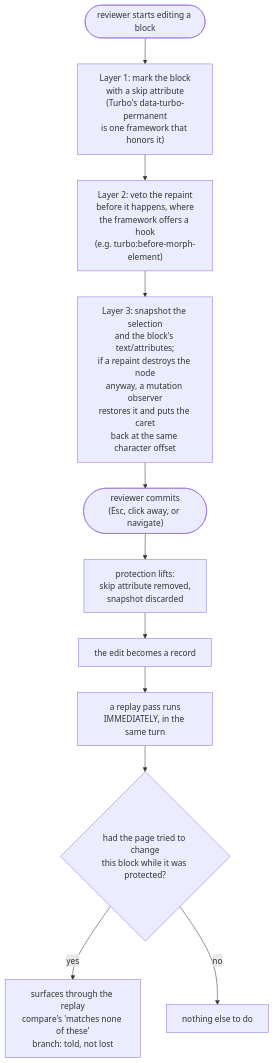
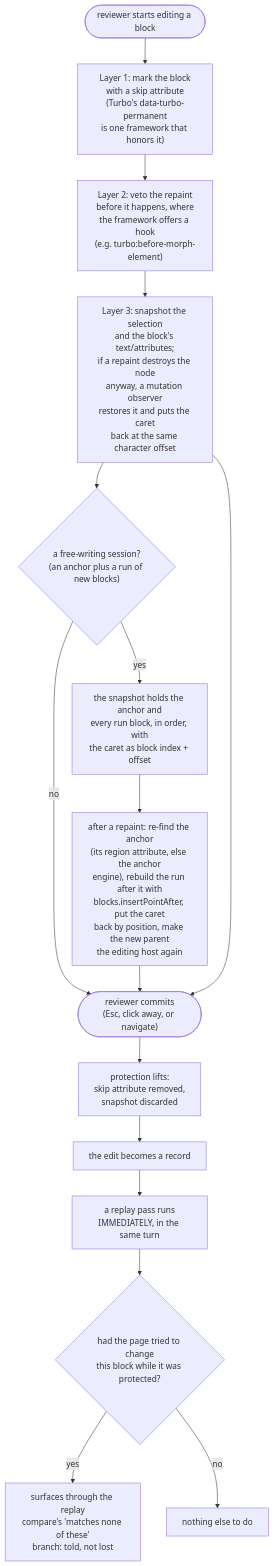
The diagram in docs/diagrams/protected_region.md (kenxle/live-agentic-html-editor), drawn with Mermaid before and after one commit. The commit also changed other lines of this file and 4 other files, not shown here.

First line of the commit message:
Free writing 2.4: undo and protection for a run

````diff
--- a/docs/diagrams/protected_region.md
+++ b/docs/diagrams/protected_region.md
@@ -5,14 +5,19 @@
 ```mermaid
 flowchart TD
   Edit(["reviewer starts editing a block"]) --> L1["Layer 1: mark the block<br/>with a skip attribute<br/>(Turbo's data-turbo-permanent<br/>is one framework that honors it)"]
   L1 --> L2["Layer 2: veto the repaint<br/>before it happens, where<br/>the framework offers a hook<br/>(e.g. turbo:before-morph-element)"]
   L2 --> L3["Layer 3: snapshot the selection<br/>and the block's text/attributes;<br/>if a repaint destroys the node<br/>anyway, a mutation observer<br/>restores it and puts the caret<br/>back at the same character offset"]
+  L3 --> Run{"a free-writing session?<br/>(an anchor plus a run of new blocks)"}
+  Run -- "yes" --> RunSnap["the snapshot holds the anchor and<br/>every run block, in order, with<br/>the caret as block index + offset"]
+  RunSnap --> RunRestore["after a repaint: re-find the anchor<br/>(its region attribute, else the anchor<br/>engine), rebuild the run after it with<br/>blocks.insertPointAfter, put the caret<br/>back by position, make the new parent<br/>the editing host again"]
+  Run -- "no" --> Commit
+  RunRestore --> Commit
 
   L3 --> Commit(["reviewer commits<br/>(Esc, click away, or navigate)"])
   Commit --> Lift["protection lifts:<br/>skip attribute removed,<br/>snapshot discarded"]
   Lift --> Record["the edit becomes a record"]
   Record --> Replay["a replay pass runs<br/>IMMEDIATELY, in the same turn"]
   Replay --> Outcome{"had the page tried to change<br/>this block while it was protected?"}
   Outcome -- "yes" --> Told["surfaces through the replay<br/>compare's 'matches none of these'<br/>branch: told, not lost"]
   Outcome -- "no" --> Clean["nothing else to do"]
 ```
````
